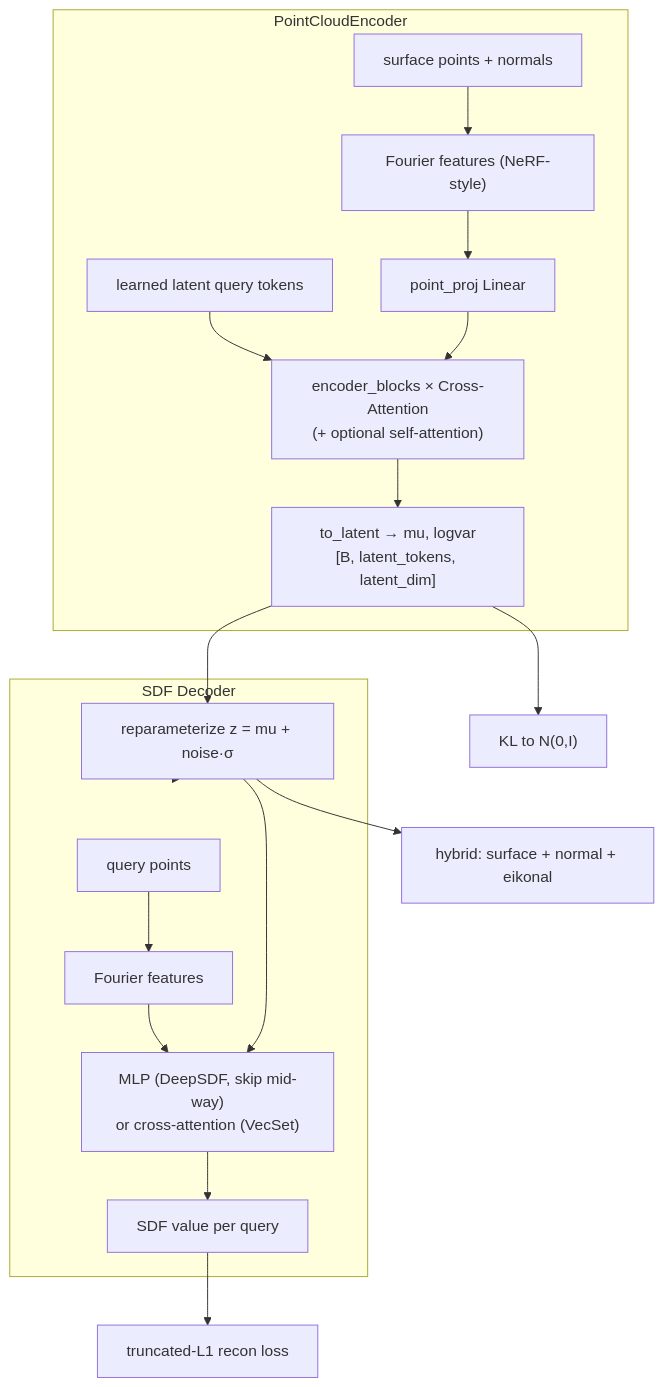
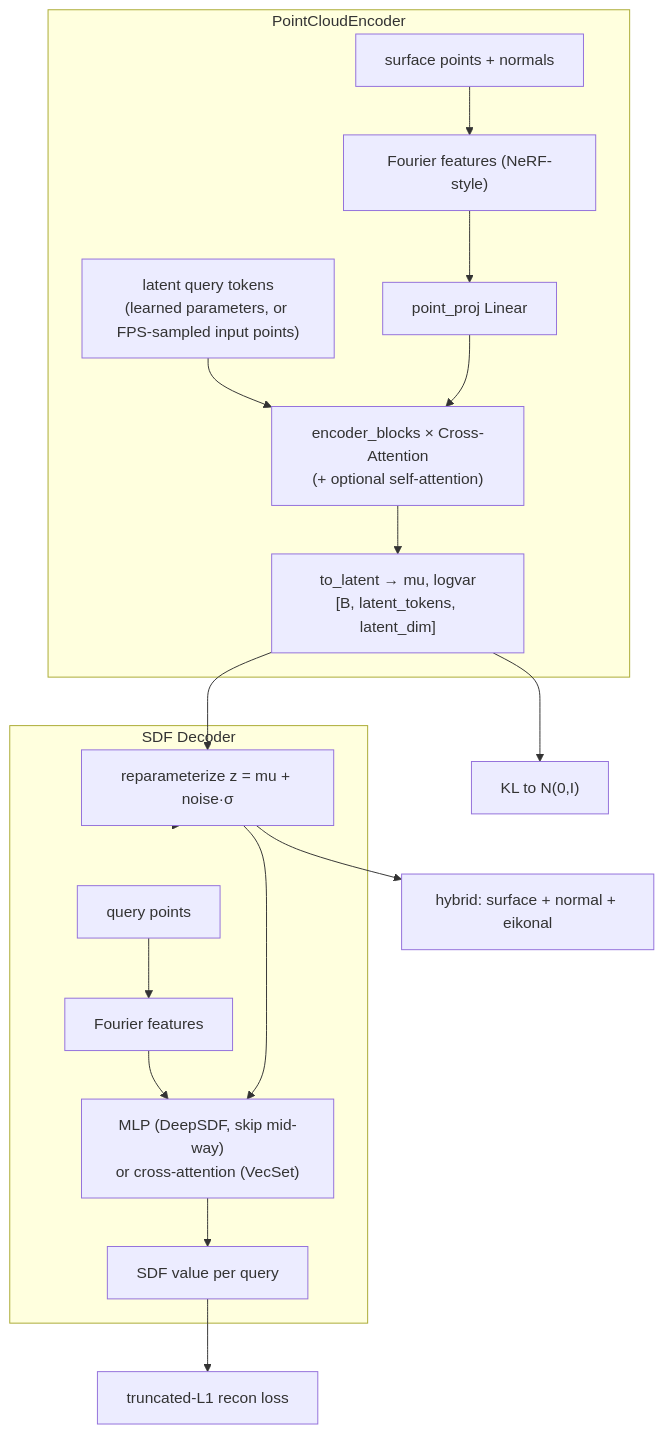
Before and after one commit to leesihun/AI-CAE4ALL: the first of 2 diagrams in docs/methods/10_SDFFlow.md, drawn with Mermaid. The commit also changed other lines of this file and 202 other files, not shown here.

````diff
--- a/docs/methods/10_SDFFlow.md
+++ b/docs/methods/10_SDFFlow.md
@@ -82,24 +98,24 @@
 ```mermaid
 flowchart TD
     subgraph ENC["PointCloudEncoder"]
         SP["surface points + normals"] --> FF["Fourier features (NeRF-style)"]
         FF --> PROJ["point_proj Linear"]
-        Q["learned latent query tokens"] --> CA["encoder_blocks × Cross-Attention\n(+ optional self-attention)"]
+        Q["latent query tokens\n(learned parameters, or FPS-sampled input points)"] --> CA["encoder_blocks × Cross-Attention\n(+ optional self-attention)"]
         PROJ --> CA
         CA --> ML["to_latent → mu, logvar\n[B, latent_tokens, latent_dim]"]
     end
 
     ML --> REP["reparameterize z = mu + noise·σ"]
     REP --> DEC
 
     subgraph DEC["SDF Decoder"]
         QP["query points"] --> FF2["Fourier features"]
         FF2 --> MLP["MLP (DeepSDF, skip mid-way)\nor cross-attention (VecSet)"]
         REP --> MLP
         MLP --> SDF["SDF value per query"]
     end
 
     SDF --> LREC["truncated-L1 recon loss"]
     ML --> LKL["KL to N(0,I)"]
     REP --> LGEO["hybrid: surface + normal + eikonal"]
 ```
````
